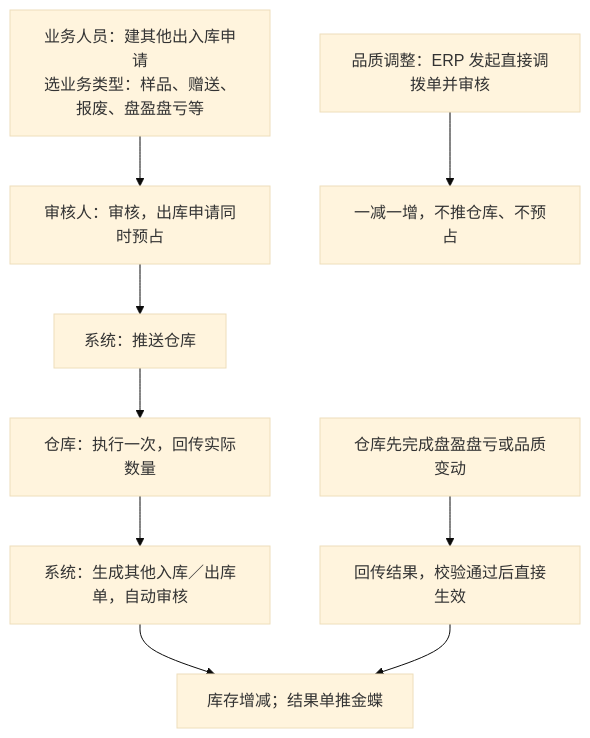
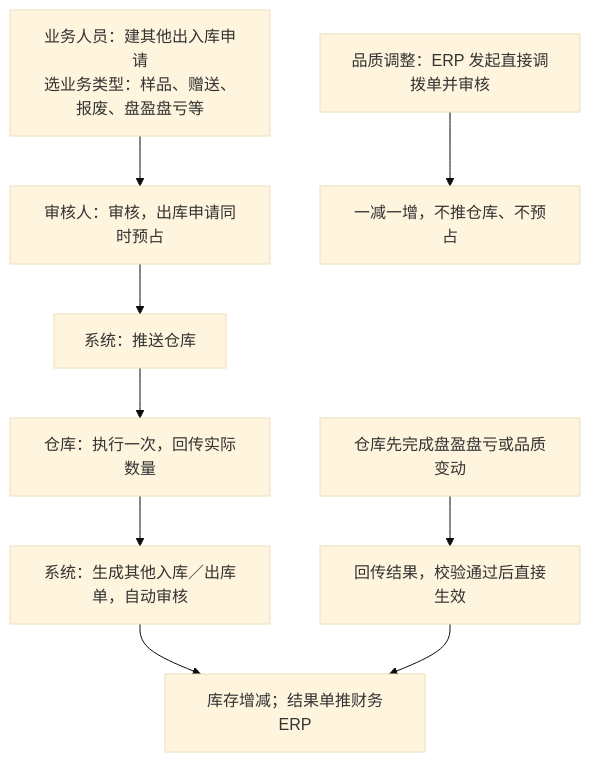
One commit to TopVitamin/QS-ERP-Project changed the eighth of 11 diagrams in 04-产品设计方案/20260812-ERP项目第一版框架搭建/系统架构和流程/01-系统流程与单据交互.md. Above: the diagram before and after it, drawn with Mermaid (base theme). The commit also changed other lines of this file and 354 other files, not shown here.

````diff
--- a/04-产品设计方案/20260812-ERP项目第一版框架搭建/系统架构和流程/01-系统流程与单据交互.md
+++ b/04-产品设计方案/20260812-ERP项目第一版框架搭建/系统架构和流程/01-系统流程与单据交互.md
@@ -273,11 +273,11 @@
 ```mermaid
 flowchart TB
     A[业务人员：建其他出入库申请<br/>选业务类型：样品、赠送、报废、盘盈盘亏等] --> B[审核人：审核，出库申请同时预占]
     B --> C[系统：推送仓库]
     C --> D[仓库：执行一次，回传实际数量]
     D --> E[系统：生成其他入库／出库单，自动审核]
-    E --> F[库存增减；结果单推金蝶]
+    E --> F[库存增减；结果单推财务ERP]
     G[仓库先完成盘盈盘亏或品质变动] --> H[回传结果，校验通过后直接生效]
     H --> F
     I[品质调整：ERP 发起直接调拨单并审核] --> J[一减一增，不推仓库、不预占]
 ```
````
